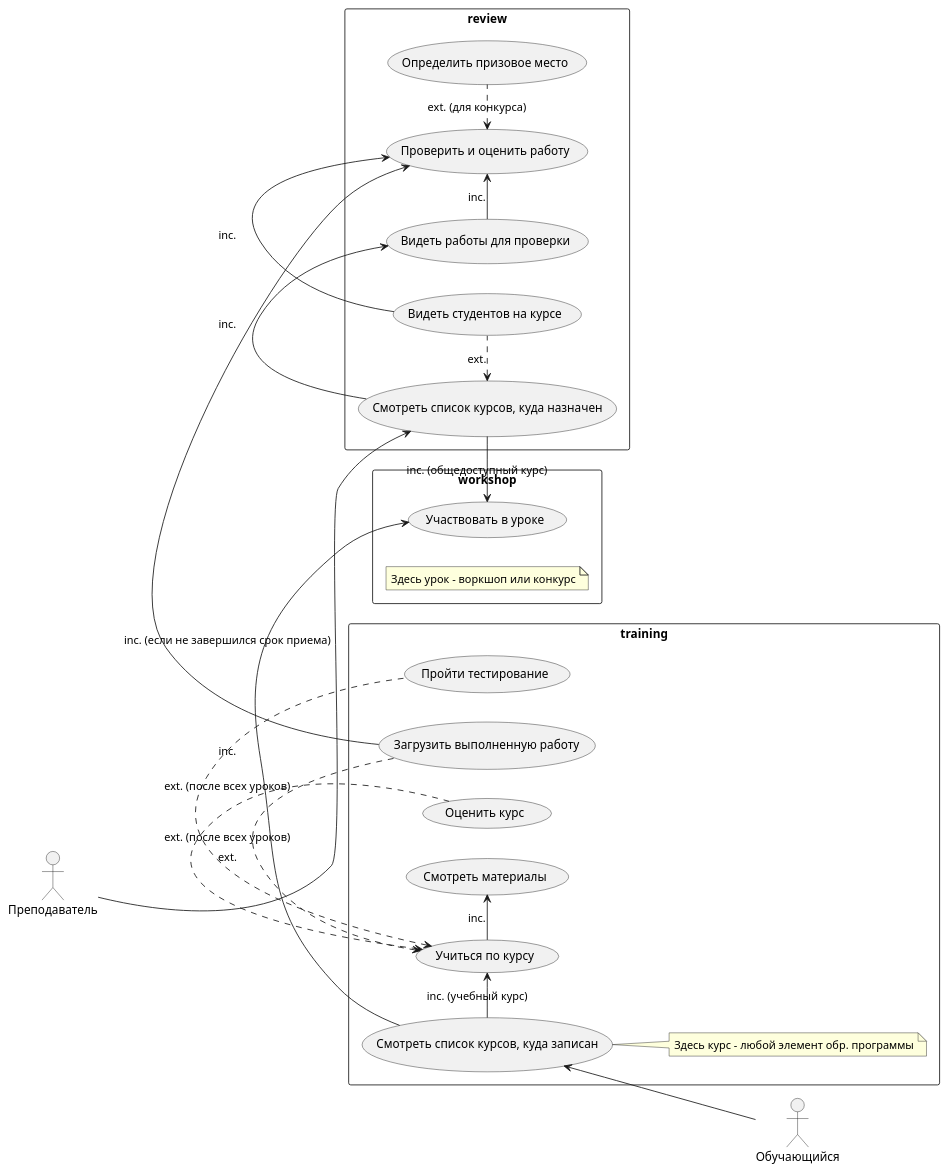
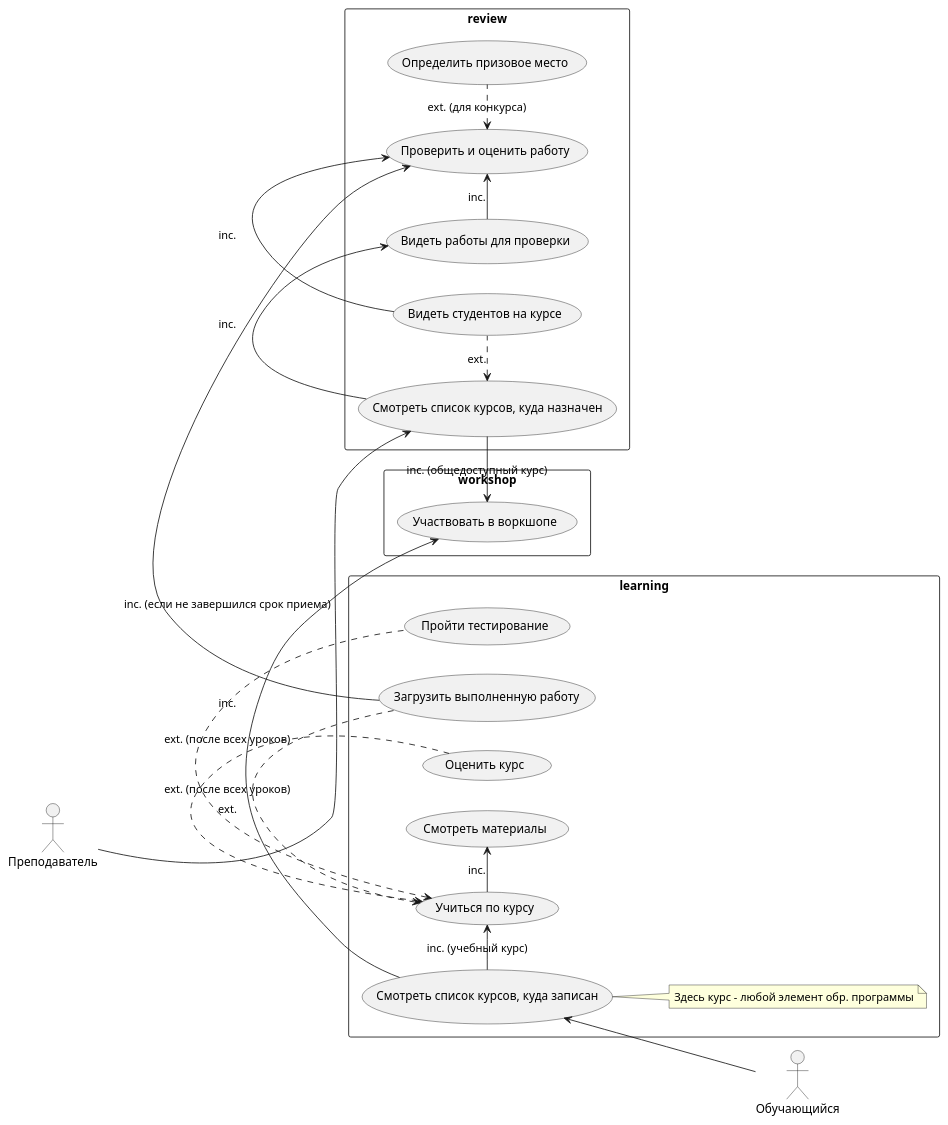
One commit to karpoftea/mts-kata-2023 changed the third of 7 diagrams in docs/requirements/requirements.md. Above: the diagram before and after it, drawn with PlantUML. The commit also changed other lines of this file and 3 other files, not shown here.

Commit message:
Добавил sequence для иллюстрации асинхронного взаимодействия, исправил опечатки

````diff
--- a/docs/requirements/requirements.md
+++ b/docs/requirements/requirements.md
@@ -135,50 +135,49 @@
 ```plantuml
 @startuml
 
 left to right direction
 
 actor "Обучающийся" as student
 actor "Преподаватель" as teacher
 
 rectangle workshop {
-  usecase "Участвовать в уроке" as UC38
-  note "Здесь урок - воркшоп или конкурс" as N32
+  usecase "Участвовать в воркшопе" as UC38
 }
 
-rectangle training {
+rectangle learning {
   usecase "Смотреть список курсов, куда записан" as UC31
   usecase "Учиться по курсу" as UC33
   usecase "Пройти тестирование" as UC34
   usecase "Загрузить выполненную работу" as UC35
   usecase "Оценить курс" as UC36
   usecase "Смотреть материалы" as UC39
   note "Здесь курс - любой элемент обр. программы" as N31
 }
 
 rectangle review {
   usecase "Смотреть список курсов, куда назначен" as UC32
   usecase "Проверить и оценить работу" as UC37
   usecase "Видеть работы для проверки" as UC40
   usecase "Видеть студентов на курсе" as UC41
   usecase "Определить призовое место" as UC42
 }
 
 teacher --> UC32
 student -up-> UC31
 UC31 -> UC33 : inc. (учебный курс)
 UC31 -- N31
 UC31 -> UC38 : inc.
 UC32 -> UC38 : inc. (общедоступный курс)
 UC32 -> UC40 : inc.
 UC32 <. UC41 : ext.
 UC40 -> UC37 : inc.
 UC41 -> UC37 : inc.
 UC33 <. UC34 : ext. (после всех уроков)
 UC33 <. UC35 : ext.
 UC33 <. UC36 : ext. (после всех уроков)
 UC35 -> UC37 : inc. (если не завершился срок приема)
 UC33 -> UC39 : inc.
 UC37 <. UC42 : ext. (для конкурса)
 
 @enduml
 ```
````
